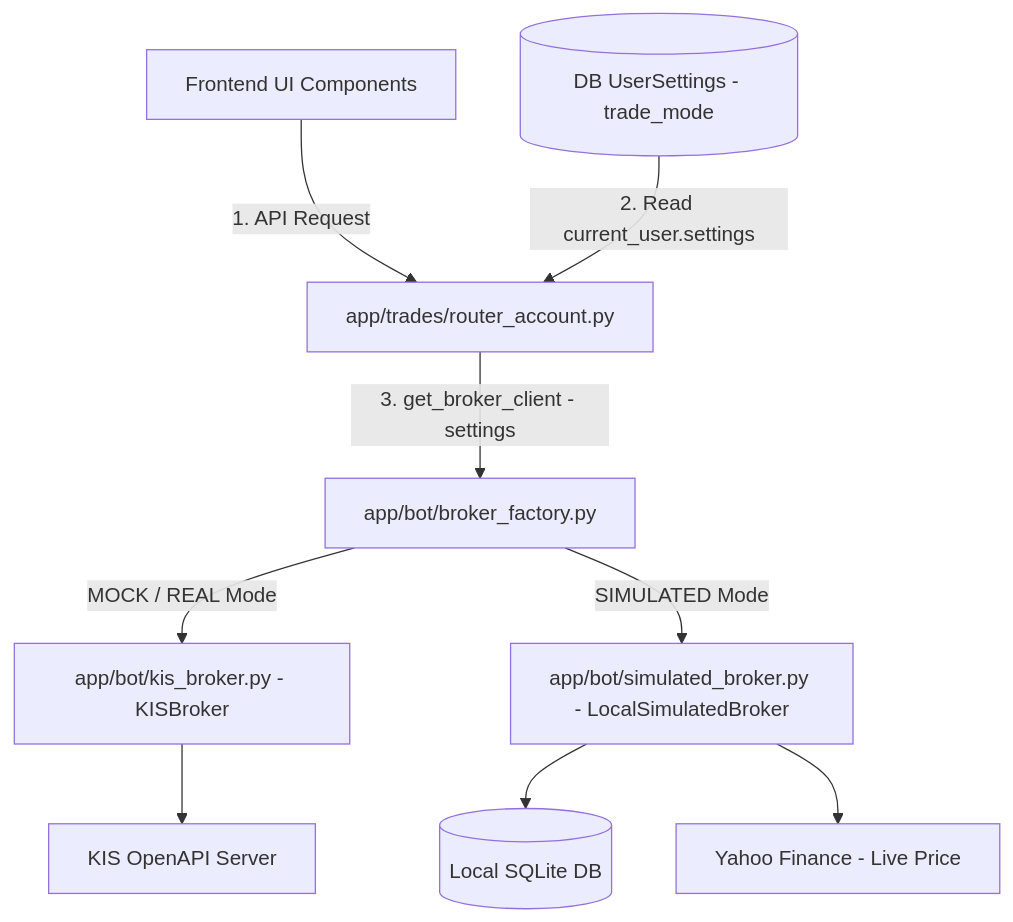
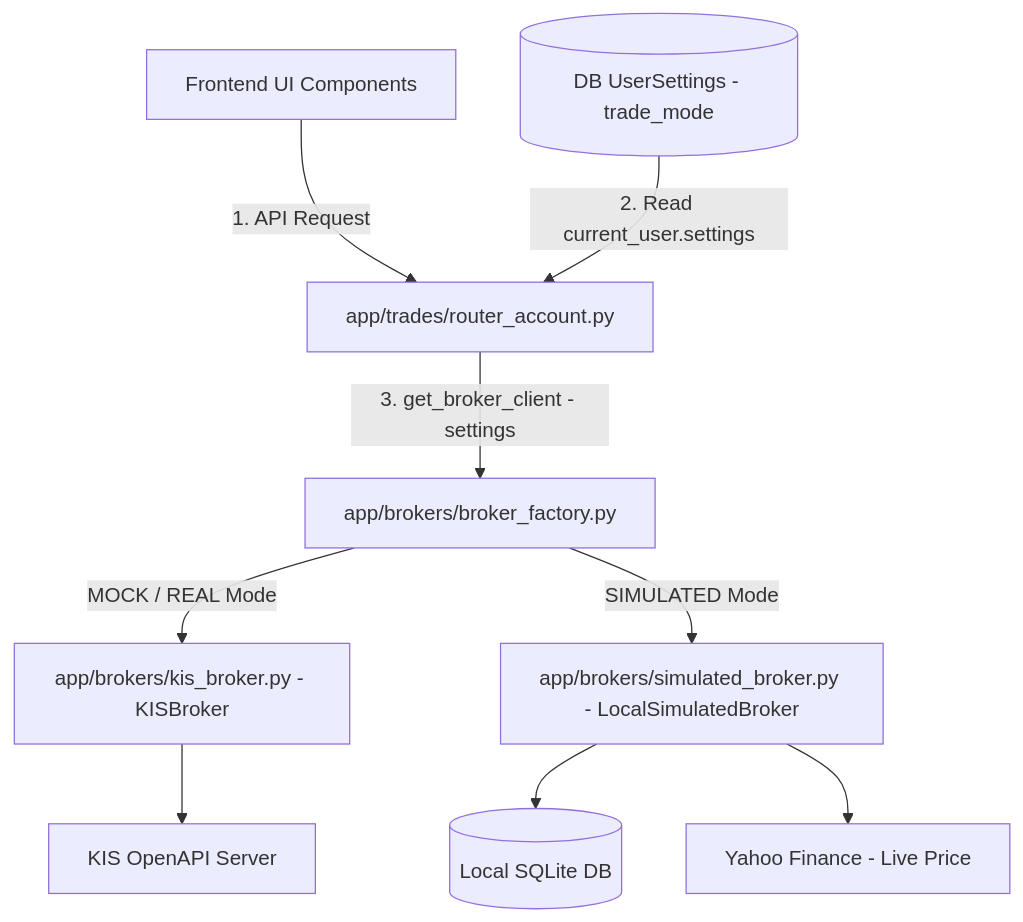
One commit to CarpediemBDev/stockAuto changed the second of 5 diagrams in docs/SYSTEM_MANUAL.md. Above: the diagram before and after it, drawn with Mermaid. The commit also changed 8 other files, not shown here.

````diff
--- a/docs/SYSTEM_MANUAL.md
+++ b/docs/SYSTEM_MANUAL.md
@@ -377,11 +377,11 @@
 ```mermaid
 graph TD
     Frontend["Frontend UI Components"] -->|"1. API Request"| Router["app/trades/router_account.py"]
     DB_Settings[("DB UserSettings - trade_mode")] -->|"2. Read current_user.settings"| Router
-    Router -->|"3. get_broker_client - settings"| Factory["app/bot/broker_factory.py"]
-    Factory -- "MOCK / REAL Mode" --> KIS["app/bot/kis_broker.py - KISBroker"]
-    Factory -- "SIMULATED Mode" --> Mock["app/bot/simulated_broker.py - LocalSimulatedBroker"]
+    Router -->|"3. get_broker_client - settings"| Factory["app/brokers/broker_factory.py"]
+    Factory -- "MOCK / REAL Mode" --> KIS["app/brokers/kis_broker.py - KISBroker"]
+    Factory -- "SIMULATED Mode" --> Mock["app/brokers/simulated_broker.py - LocalSimulatedBroker"]
     KIS --> KIS_API["KIS OpenAPI Server"]
     Mock --> DB_SQLite[("Local SQLite DB")]
     Mock --> YFinance["Yahoo Finance - Live Price"]
 ```
````
